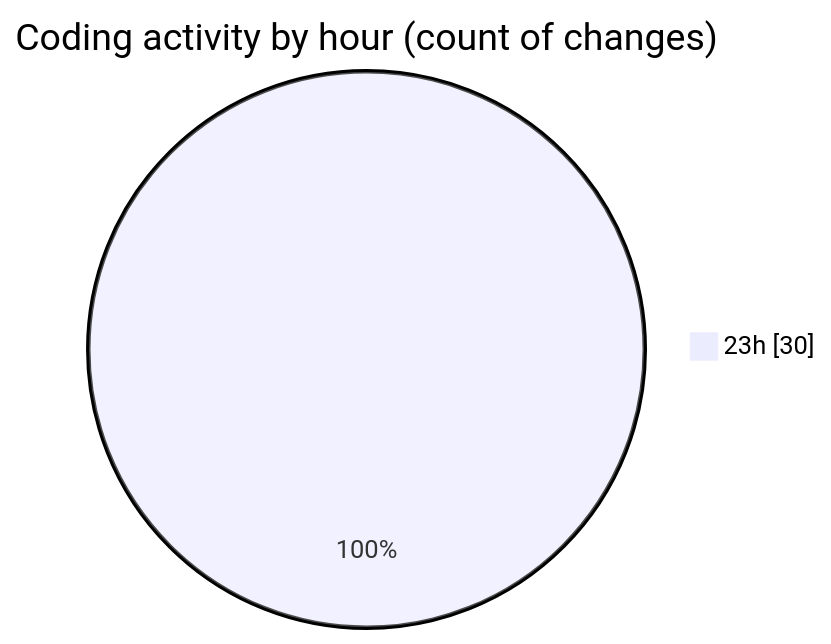
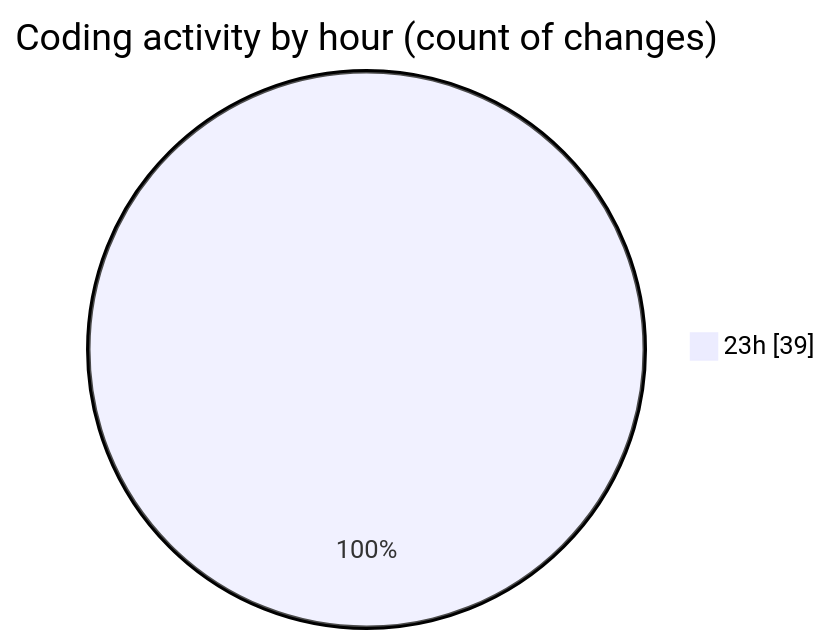
Before and after one commit to Ritupan-Deka/code-tracking: the second of 2 diagrams in 2025-07-27/javascript/README.md, drawn with Mermaid. The commit also changed other lines of this file and 1 other file, not shown here.

````diff
--- a/2025-07-27/javascript/README.md
+++ b/2025-07-27/javascript/README.md
@@ -28,5 +28,5 @@
 ```mermaid
 pie showData
 title Coding activity by hour (count of changes)
-"23h" : 30
+"23h" : 39
 ```
````
